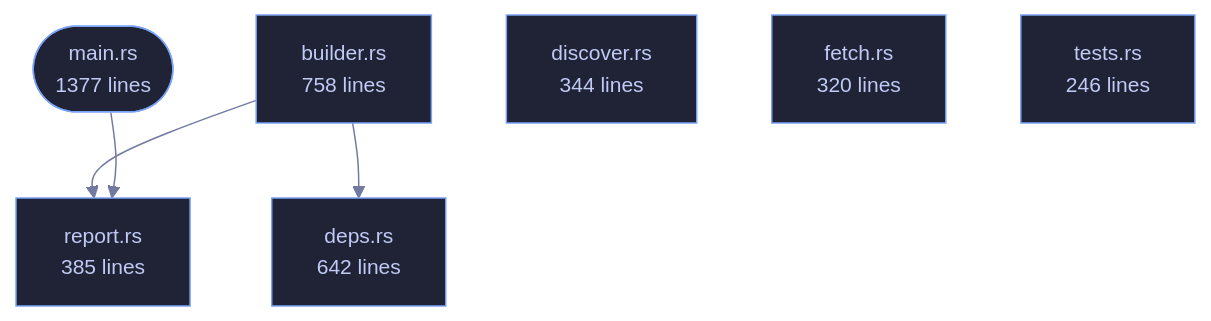
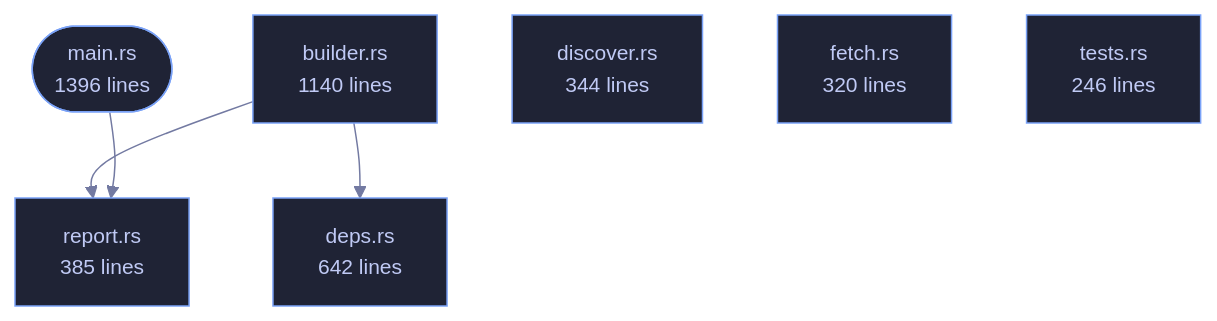
Before and after one commit to tilas01/veilvoice: the diagram in crates/veilvoice-verify/README.md, drawn with Mermaid. The commit also changed other lines of this file and 22 other files, not shown here.

````diff
--- a/crates/veilvoice-verify/README.md
+++ b/crates/veilvoice-verify/README.md
@@ -93,21 +93,21 @@
 ```mermaid
 %%{init: {"theme":"base","themeVariables":{"background":"#1a1b26","primaryColor":"#1f2335","primaryTextColor":"#c0caf5","primaryBorderColor":"#7aa2f7","secondaryColor":"#16161e","tertiaryColor":"#16161e","lineColor":"#737aa2","textColor":"#c0caf5","mainBkg":"#1f2335","nodeBorder":"#7aa2f7","clusterBkg":"#16161e","clusterBorder":"#2f3549","fontFamily":"ui-monospace, SFMono-Regular, Consolas, monospace","fontSize":"14px"}}}%%
 flowchart TD
-    n_main(["main.rs<br/>1377 lines"])
-    n_builder["builder.rs<br/>758 lines"]
+    n_main(["main.rs<br/>1396 lines"])
+    n_builder["builder.rs<br/>1140 lines"]
     n_deps["deps.rs<br/>642 lines"]
     n_discover["discover.rs<br/>344 lines"]
     n_fetch["fetch.rs<br/>320 lines"]
     n_report["report.rs<br/>385 lines"]
     n_tests["tests.rs<br/>246 lines"]
     n_builder --> n_deps
     n_builder --> n_report
     n_main --> n_report
     click n_main href "https://github.com/tilas01/veilvoice/blob/main/crates/veilvoice-verify/src/main.rs" "open the source"
     click n_builder href "https://github.com/tilas01/veilvoice/blob/main/crates/veilvoice-verify/src/builder.rs" "open the source"
     click n_deps href "https://github.com/tilas01/veilvoice/blob/main/crates/veilvoice-verify/src/deps.rs" "open the source"
     click n_discover href "https://github.com/tilas01/veilvoice/blob/main/crates/veilvoice-verify/src/discover.rs" "open the source"
     click n_fetch href "https://github.com/tilas01/veilvoice/blob/main/crates/veilvoice-verify/src/fetch.rs" "open the source"
     click n_report href "https://github.com/tilas01/veilvoice/blob/main/crates/veilvoice-verify/src/report.rs" "open the source"
     click n_tests href "https://github.com/tilas01/veilvoice/blob/main/crates/veilvoice-verify/src/tests.rs" "open the source"
 ```
````
